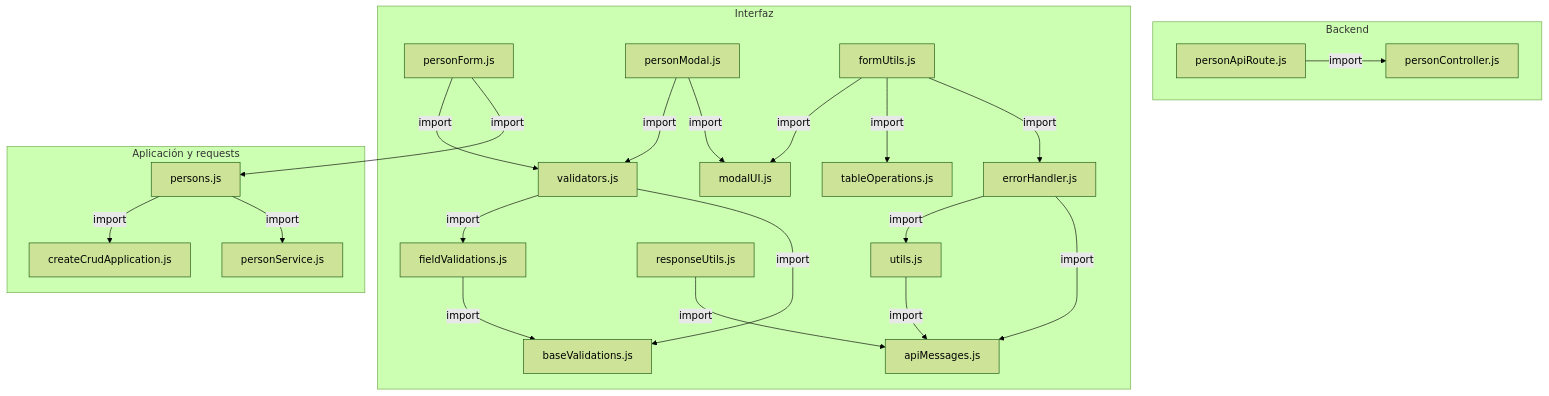
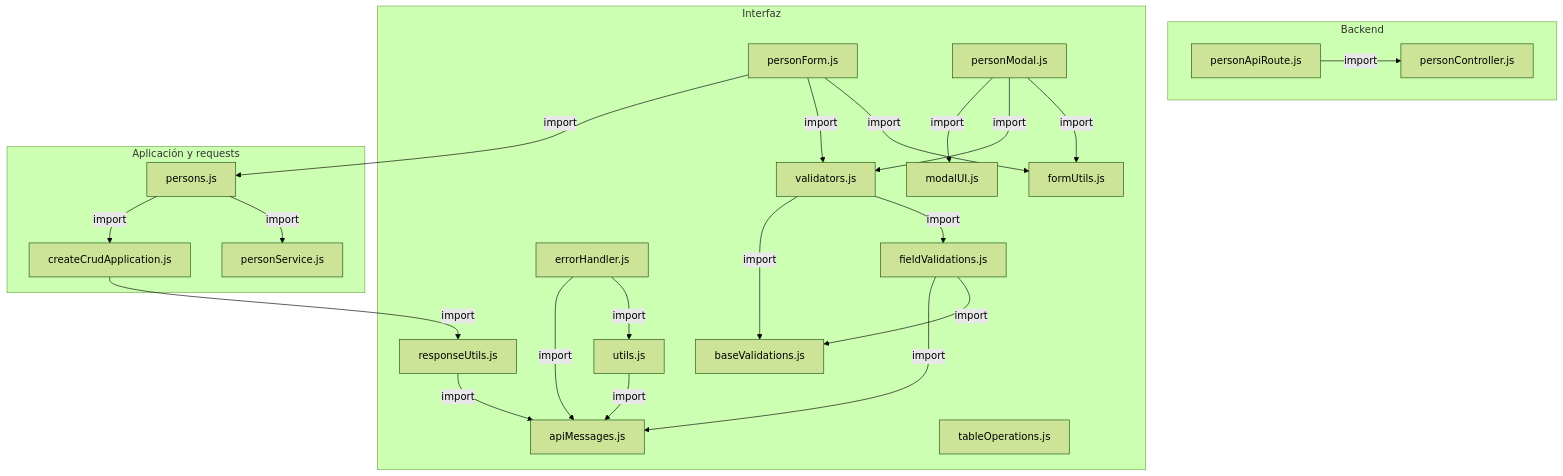
The first of 3 diagrams in docs/architecture/views/processes/frontend-code-sequences/identity-access/cu-ida-02.md (gpgsistemas01/nexus), drawn with Mermaid (forest theme) before and after one commit. The commit also changed other lines of this file and 200 other files, not shown here.

````diff
--- a/docs/architecture/views/processes/frontend-code-sequences/identity-access/cu-ida-02.md
+++ b/docs/architecture/views/processes/frontend-code-sequences/identity-access/cu-ida-02.md
@@ -56,43 +56,44 @@
 ```mermaid
 flowchart TB
     subgraph Component0["Backend"]
         FilePersonController["personController.js"]
         Transport["personApiRoute.js"]
     end
     subgraph Component1["Interfaz"]
         FileErrorHandler["errorHandler.js"]
         FileUtils["utils.js"]
         FileApiMessages["apiMessages.js"]
         View["personForm.js"]
         Modal["personModal.js"]
         FileTableOperations["tableOperations.js"]
         FileModalUI["modalUI.js"]
         FormUtils["formUtils.js"]
         FileResponseUtils["responseUtils.js"]
         FileBaseValidations["baseValidations.js"]
         FileFieldValidations["fieldValidations.js"]
         FileValidators["validators.js"]
     end
     subgraph Component2["Aplicación y requests"]
         FilePersons["persons.js"]
         Application["createCrudApplication.js"]
         Request["personService.js"]
     end
+    Application -->|import| FileResponseUtils
     FileErrorHandler -->|import| FileApiMessages
     FileErrorHandler -->|import| FileUtils
+    FileFieldValidations -->|import| FileApiMessages
+    FileFieldValidations -->|import| FileBaseValidations
+    FilePersons -->|import| Application
+    FilePersons -->|import| Request
+    FileResponseUtils -->|import| FileApiMessages
     FileUtils -->|import| FileApiMessages
-    FilePersons -->|import| Request
-    FilePersons -->|import| Application
+    FileValidators -->|import| FileBaseValidations
+    FileValidators -->|import| FileFieldValidations
+    Modal -->|import| FileModalUI
+    Modal -->|import| FileValidators
+    Modal -->|import| FormUtils
+    Transport -->|import| FilePersonController
     View -->|import| FilePersons
     View -->|import| FileValidators
-    Modal -->|import| FileModalUI
-    Modal -->|import| FileValidators
-    FormUtils -->|import| FileErrorHandler
-    FormUtils -->|import| FileTableOperations
-    FormUtils -->|import| FileModalUI
-    FileResponseUtils -->|import| FileApiMessages
-    FileFieldValidations -->|import| FileBaseValidations
-    FileValidators -->|import| FileBaseValidations
-    FileValidators -->|import| FileFieldValidations
-    Transport -->|import| FilePersonController
+    View -->|import| FormUtils
 ```
````
